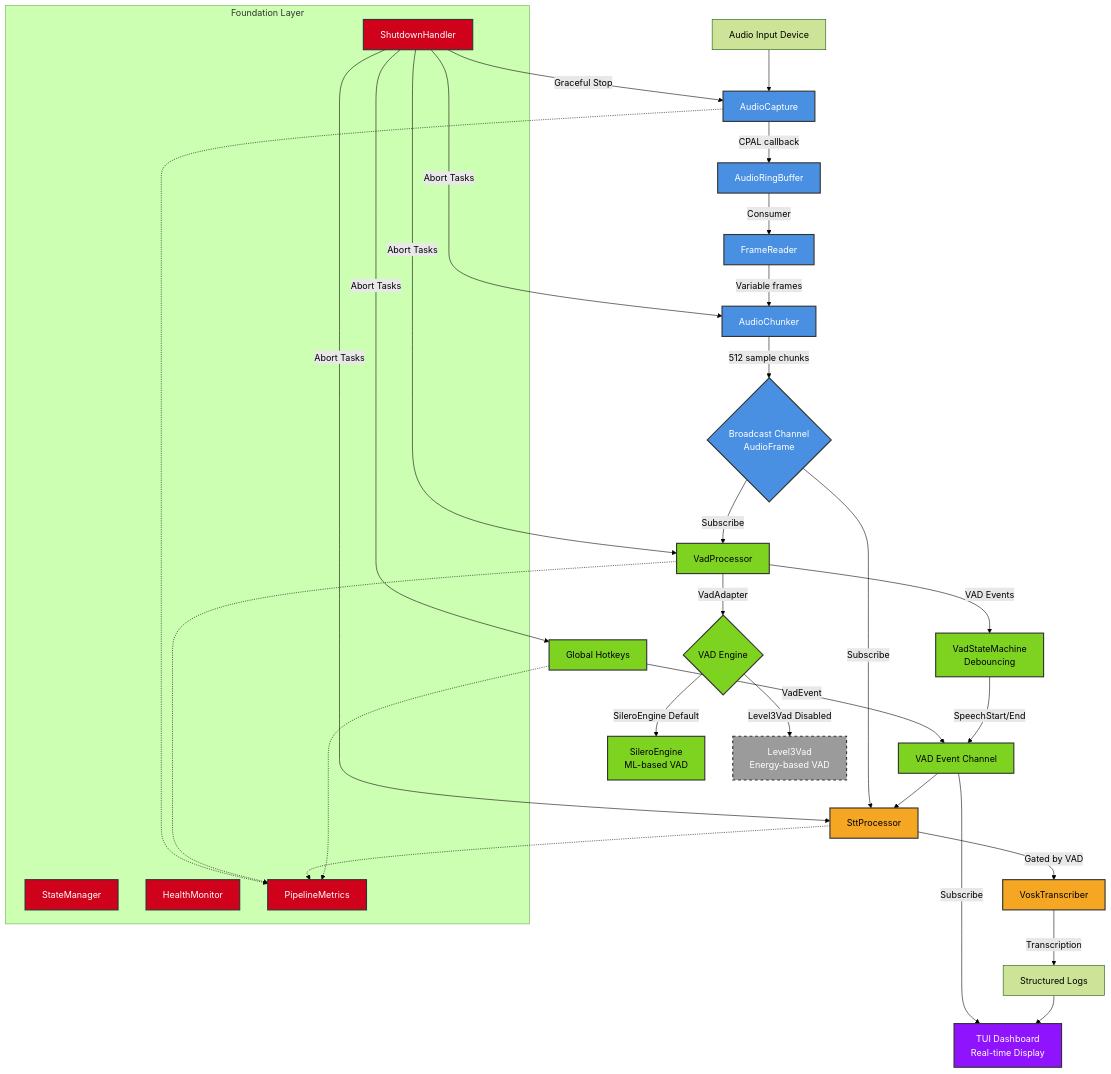
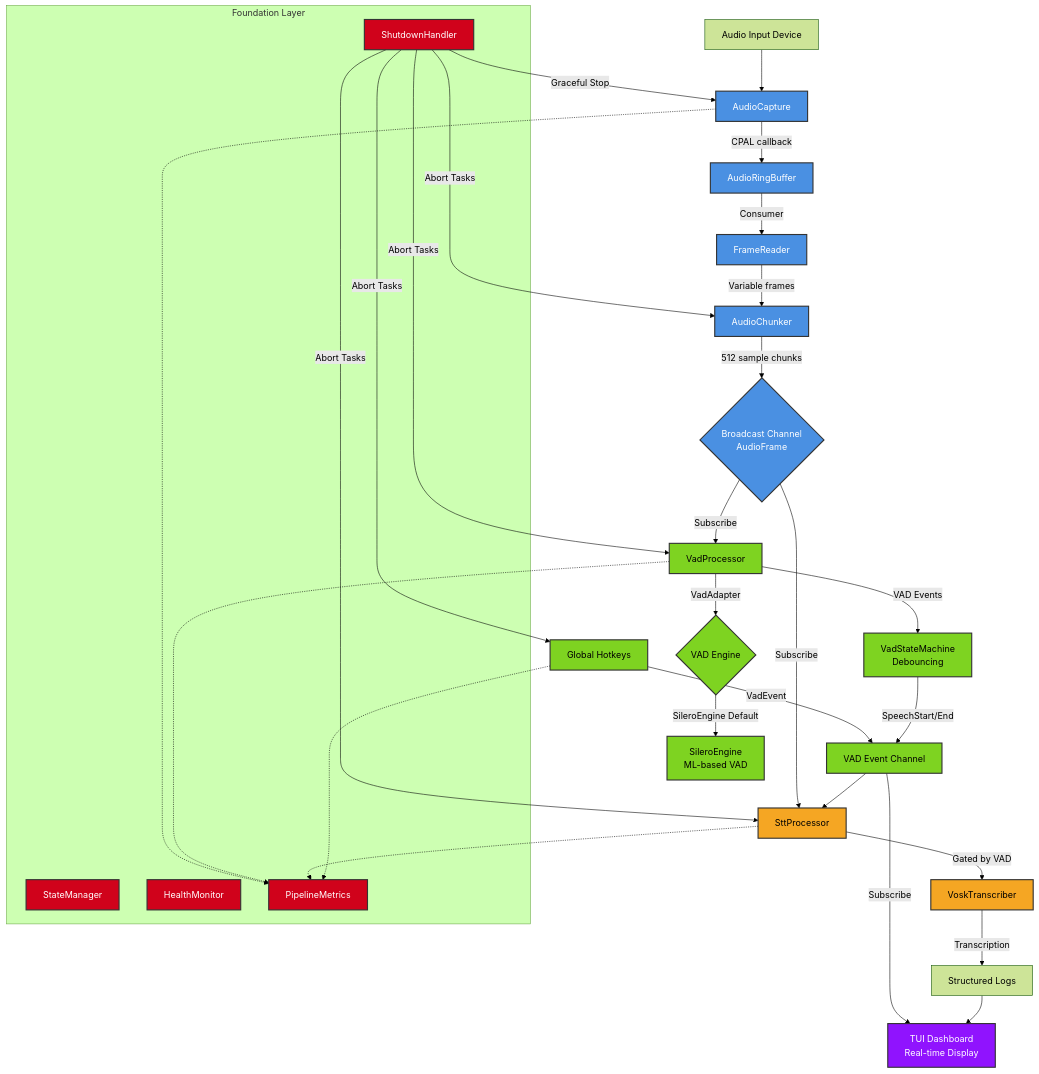
Before and after one commit to Coldaine/ColdVox: the diagram in docs/architecture_diagram.md, drawn with Mermaid (forest theme). The commit also changed other lines of this file and 15 other files, not shown here.

````diff
--- a/docs/architecture_diagram.md
+++ b/docs/architecture_diagram.md
@@ -3,70 +3,67 @@
 ```mermaid
 graph TD
     %% External inputs
     MIC[Audio Input Device] --> AC[AudioCapture]
     HK[Global Hotkeys] --> |VadEvent| EVENTS[VAD Event Channel]
 
     %% Audio capture and preprocessing
     AC --> |CPAL callback| ARB[AudioRingBuffer]
     ARB --> |Consumer| FR[FrameReader]
     FR --> |Variable frames| CHUNKER[AudioChunker]
 
     %% Broadcast distribution system
     CHUNKER --> |512 sample chunks| BROADCAST{Broadcast Channel<br/>AudioFrame}
 
     %% VAD processing branch
     BROADCAST --> |Subscribe| VAD[VadProcessor]
     VAD --> |VadAdapter| VADENG{VAD Engine}
     VADENG --> |SileroEngine Default| SILERO[SileroEngine<br/>ML-based VAD]
-    VADENG --> |Level3Vad Disabled| ENERGY[Level3Vad<br/>Energy-based VAD]
 
     %% VAD state management
     VAD --> |VAD Events| VADFSM[VadStateMachine<br/>Debouncing]
     VADFSM --> |SpeechStart/End| EVENTS
 
     %% STT processing branch
     BROADCAST --> |Subscribe| STT[SttProcessor]
     EVENTS --> STT
     STT --> |Gated by VAD| VOSK[VoskTranscriber]
     VOSK --> |Transcription| LOGS[Structured Logs]
 
     %% User Interface Components
     EVENTS --> |Subscribe| TUI[TUI Dashboard<br/>Real-time Display]
     LOGS --> TUI
 
     %% Foundation components
     subgraph Foundation [Foundation Layer]
         SM[StateManager]
         HM[HealthMonitor]
         SH[ShutdownHandler]
         METRICS[PipelineMetrics]
     end
 
     %% System monitoring
     AC -.-> METRICS
     VAD -.-> METRICS
     STT -.-> METRICS
     HK -.-> METRICS
 
     %% Shutdown flow
     SH --> |Graceful Stop| AC
     SH --> |Abort Tasks| VAD
     SH --> |Abort Tasks| STT
     SH --> |Abort Tasks| CHUNKER
     SH --> |Abort Tasks| HK
 
     %% Component states
     classDef processing fill:#4a90e2,stroke:#333,stroke-width:2px,color:#fff
     classDef vad fill:#7ed321,stroke:#333,stroke-width:2px,color:#000
     classDef stt fill:#f5a623,stroke:#333,stroke-width:2px,color:#000
     classDef ui fill:#9013fe,stroke:#333,stroke-width:2px,color:#fff
     classDef foundation fill:#d0021b,stroke:#333,stroke-width:2px,color:#fff
-    classDef disabled fill:#9b9b9b,stroke:#333,stroke-width:2px,color:#fff,stroke-dasharray: 5 5
 
     class AC,ARB,FR,CHUNKER,BROADCAST processing
     class VAD,VADENG,SILERO,VADFSM,EVENTS,HK vad
     class STT,VOSK stt
     class TUI ui
     class SM,HM,SH,METRICS foundation
-    class ENERGY disabled
 ```
````
